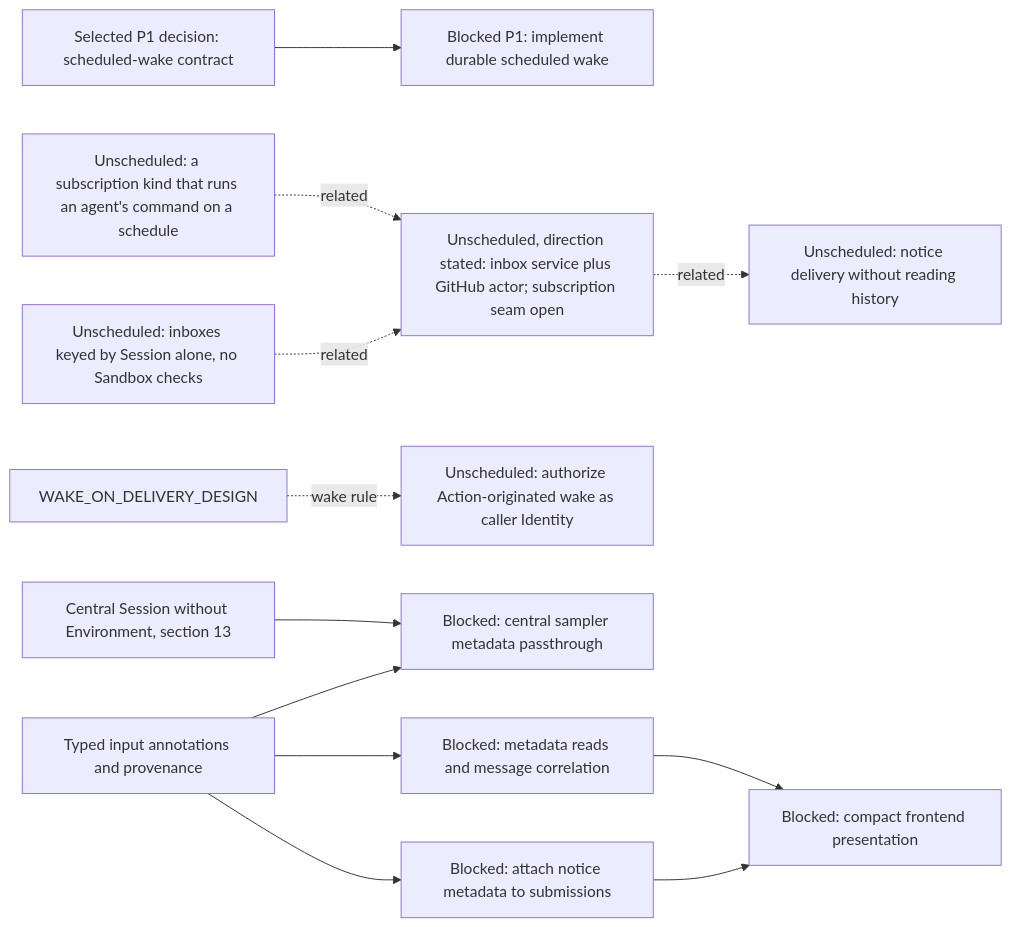
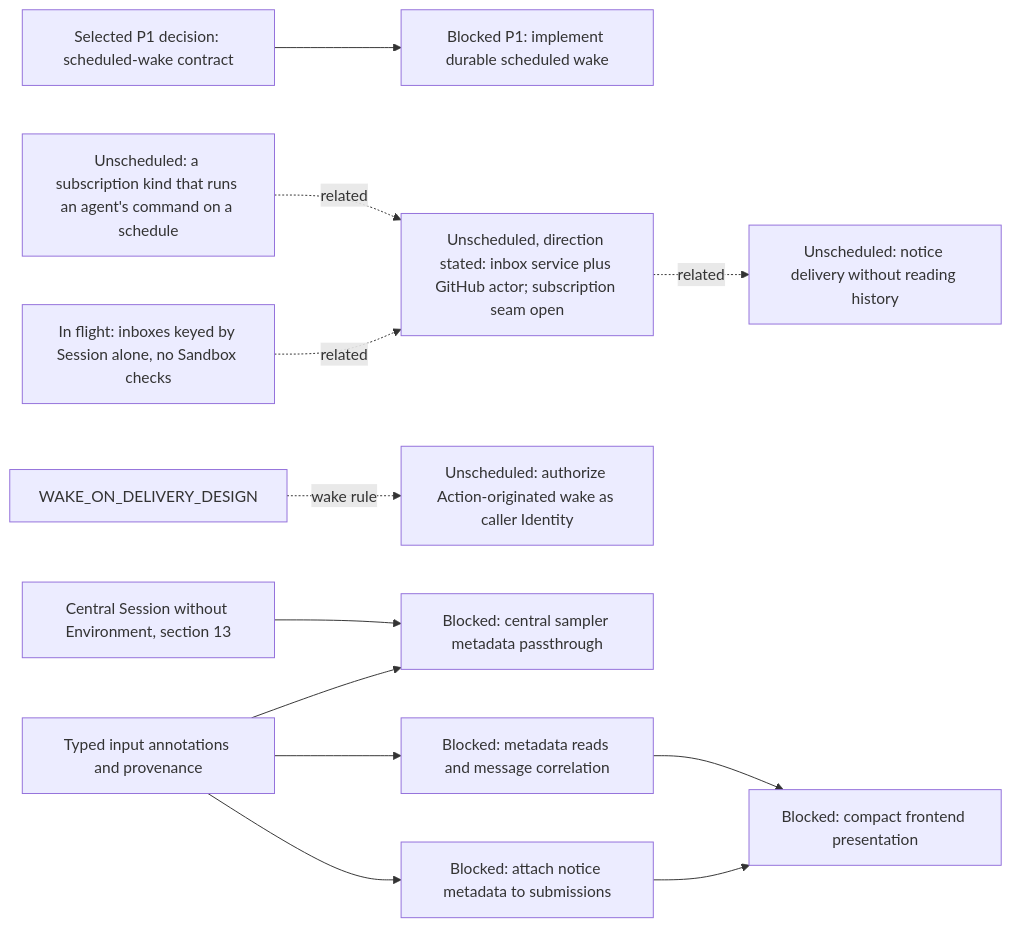
Before and after one commit to agentydragon/ducktape: the fourth of 20 diagrams in agentplane/plans/task_dag.md, drawn with Mermaid. The commit also changed other lines of this file and 16 other files, not shown here.

````diff
--- a/agentplane/plans/task_dag.md
+++ b/agentplane/plans/task_dag.md
@@ -302,27 +280,27 @@
 ```mermaid
 flowchart LR
     SCHEDULED_AGENT_WAKE_DESIGN[Selected P1 decision: scheduled-wake contract]
     SCHEDULED_AGENT_WAKE[Blocked P1: implement durable scheduled wake]
     SCHEDULED_AGENT_WAKE_DESIGN --> SCHEDULED_AGENT_WAKE
     NOTIFICATION_COMMAND_OUTCOME_DESIGN[Unscheduled: notice delivery without reading history]
     NOTIFICATION_SERVICE_SPLIT[Unscheduled, direction stated: inbox service plus GitHub actor; subscription seam open]
     NOTIFICATION_SERVICE_SPLIT -. related .-> NOTIFICATION_COMMAND_OUTCOME_DESIGN
     COMMAND_WATCH_SUBSCRIPTION_DESIGN[Unscheduled: a subscription kind that runs an agent's command on a schedule]
     COMMAND_WATCH_SUBSCRIPTION_DESIGN -. related .-> NOTIFICATION_SERVICE_SPLIT
-    INBOX_SESSION_KEYING[Unscheduled: inboxes keyed by Session alone, no Sandbox checks]
+    INBOX_SESSION_KEYING[In flight: inboxes keyed by Session alone, no Sandbox checks]
     INBOX_SESSION_KEYING -. related .-> NOTIFICATION_SERVICE_SPLIT
     ACTION_WAKE_AS_IDENTITY[Unscheduled: authorize Action-originated wake as caller Identity]
     WAKE_ON_DELIVERY_DESIGN -. wake rule .-> ACTION_WAKE_AS_IDENTITY
     SESSION_INPUT_METADATA[Typed input annotations and provenance]
     CENTRAL_SESSION_WITHOUT_ENVIRONMENT[Central Session without Environment, section 13]
     CENTRAL_SESSION_INPUT_METADATA[Blocked: central sampler metadata passthrough]
     SESSION_INPUT_METADATA --> CENTRAL_SESSION_INPUT_METADATA
     CENTRAL_SESSION_WITHOUT_ENVIRONMENT --> CENTRAL_SESSION_INPUT_METADATA
     SESSION_INPUT_METADATA_READ[Blocked: metadata reads and message correlation]
     NOTIFICATION_NOTICE_METADATA[Blocked: attach notice metadata to submissions]
     NOTIFICATION_PRESENTATION[Blocked: compact frontend presentation]
     SESSION_INPUT_METADATA --> SESSION_INPUT_METADATA_READ
     SESSION_INPUT_METADATA --> NOTIFICATION_NOTICE_METADATA
     SESSION_INPUT_METADATA_READ --> NOTIFICATION_PRESENTATION
     NOTIFICATION_NOTICE_METADATA --> NOTIFICATION_PRESENTATION
 ```
````
